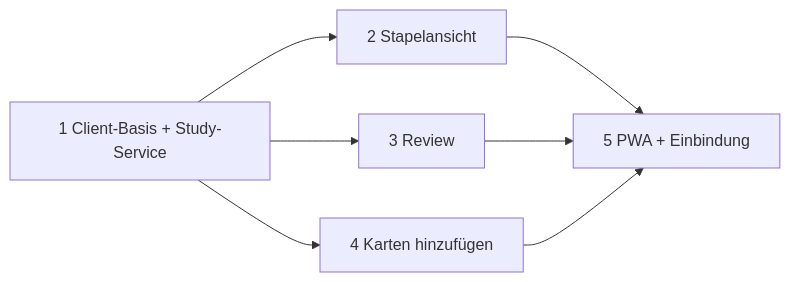
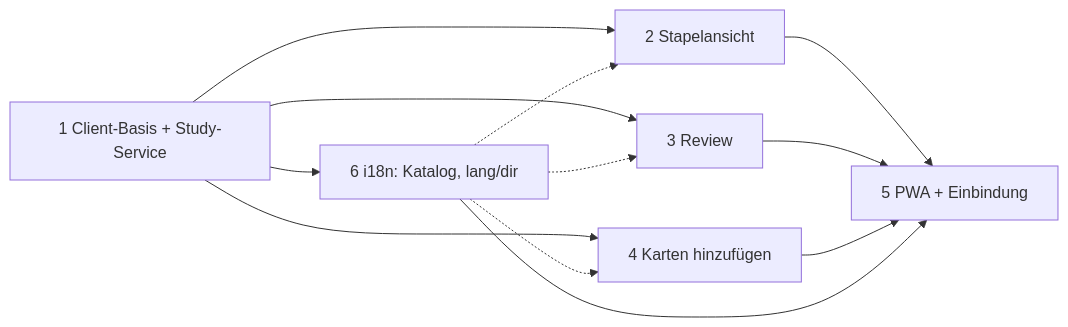
One commit to Ninerian/ankiweb changed the diagram in docs/superpowers/plans/2026-10-27-reviewer-redesign-00-overview.md. Above: the diagram before and after it, drawn with Mermaid. The commit also changed other lines of this file and 1 other file, not shown here.

Commit message:
Add plan 6: i18n via anki catalog + small own catalog

````diff
--- a/docs/superpowers/plans/2026-10-27-reviewer-redesign-00-overview.md
+++ b/docs/superpowers/plans/2026-10-27-reviewer-redesign-00-overview.md
@@ -68,9 +69,14 @@
 ```mermaid
 flowchart LR
   P1[1 Client-Basis + Study-Service] --> P2[2 Stapelansicht]
   P1 --> P3[3 Review]
   P1 --> P4[4 Karten hinzufügen]
   P2 --> P5[5 PWA + Einbindung]
   P3 --> P5
   P4 --> P5
+  P1 --> P6[6 i18n: Katalog, lang/dir]
+  P6 -.-> P2
+  P6 -.-> P3
+  P6 -.-> P4
+  P6 --> P5
 ```
````
